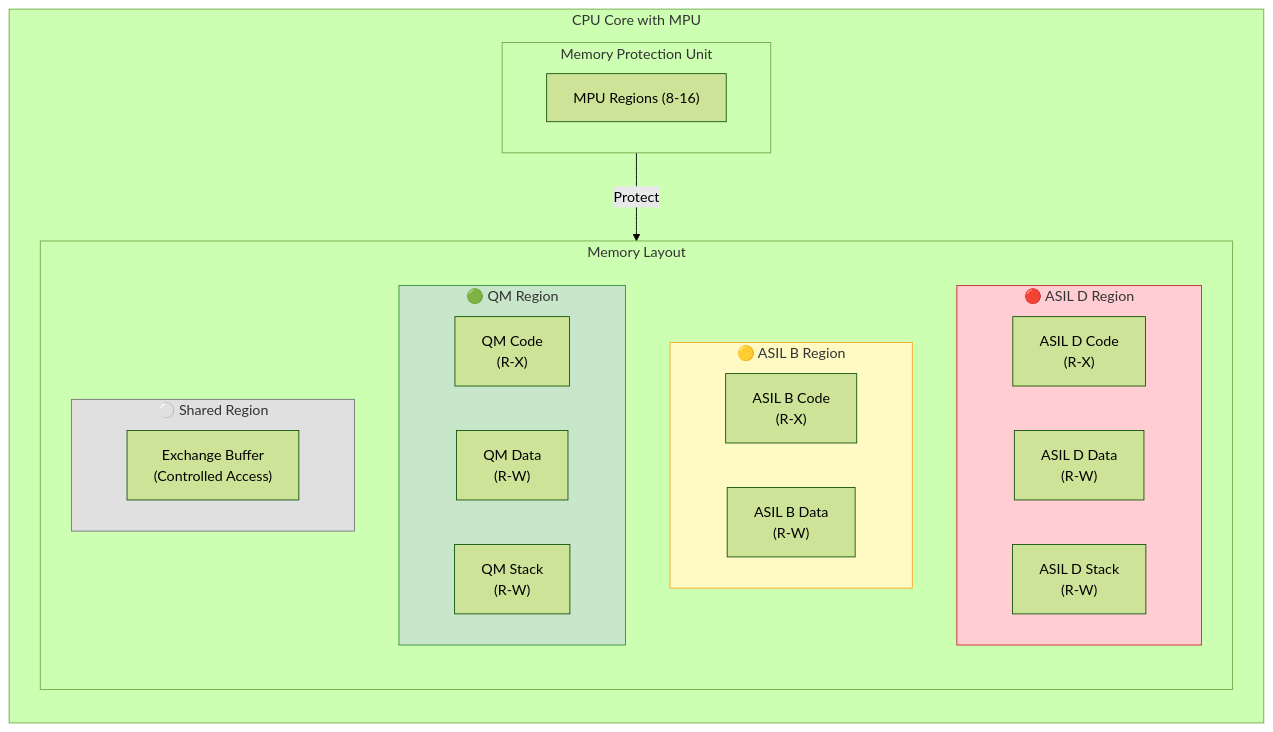
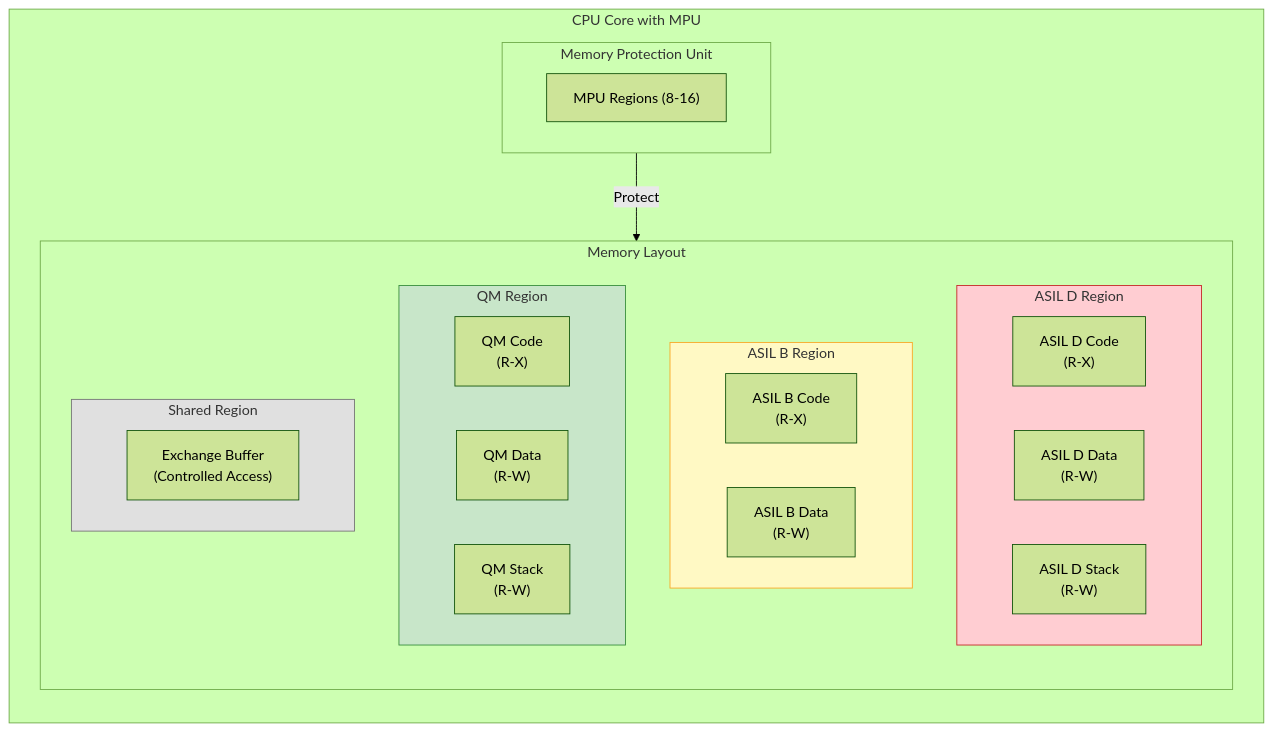
The seventh of 9 diagrams in docs/03_Software_Architecture/CP_AP_Hybrid_Arch.en.md (michaellinhq/automotive-develop-architecture), drawn with Mermaid (forest theme) before and after one commit. The commit also changed other lines of this file and 7 other files, not shown here.

Commit message:
Harden Mermaid syntax in English docs

````diff
--- a/docs/03_Software_Architecture/CP_AP_Hybrid_Arch.en.md
+++ b/docs/03_Software_Architecture/CP_AP_Hybrid_Arch.en.md
@@ -411,42 +411,42 @@
 ```mermaid
 flowchart TB
     subgraph CPU_Core["CPU Core with MPU"]
         direction TB
 
         subgraph MPU["Memory Protection Unit"]
             REG["MPU Regions (8-16)"]
         end
 
         subgraph Memory_Map["Memory Layout"]
             direction TB
 
-            subgraph ASIL_D_Region["🔴 ASIL D Region"]
+            subgraph ASIL_D_Region[" ASIL D Region"]
                 ASIL_CODE["ASIL D Code<br/>(R-X)"]
                 ASIL_DATA["ASIL D Data<br/>(R-W)"]
                 ASIL_STACK["ASIL D Stack<br/>(R-W)"]
             end
 
-            subgraph ASIL_B_Region["🟡 ASIL B Region"]
+            subgraph ASIL_B_Region[" ASIL B Region"]
                 ASILB_CODE["ASIL B Code<br/>(R-X)"]
                 ASILB_DATA["ASIL B Data<br/>(R-W)"]
             end
 
-            subgraph QM_Region["🟢 QM Region"]
+            subgraph QM_Region[" QM Region"]
                 QM_CODE["QM Code<br/>(R-X)"]
                 QM_DATA["QM Data<br/>(R-W)"]
                 QM_STACK["QM Stack<br/>(R-W)"]
             end
 
-            subgraph Shared_Region["⚪ Shared Region"]
+            subgraph Shared_Region[" Shared Region"]
                 SHARED["Exchange Buffer<br/>(Controlled Access)"]
             end
         end
     end
 
     MPU -->|"Protect"| Memory_Map
 
     style ASIL_D_Region fill:#ffcdd2,stroke:#c62828
     style ASIL_B_Region fill:#fff9c4,stroke:#f9a825
     style QM_Region fill:#c8e6c9,stroke:#388e3c
     style Shared_Region fill:#e0e0e0,stroke:#757575
 ```
````
